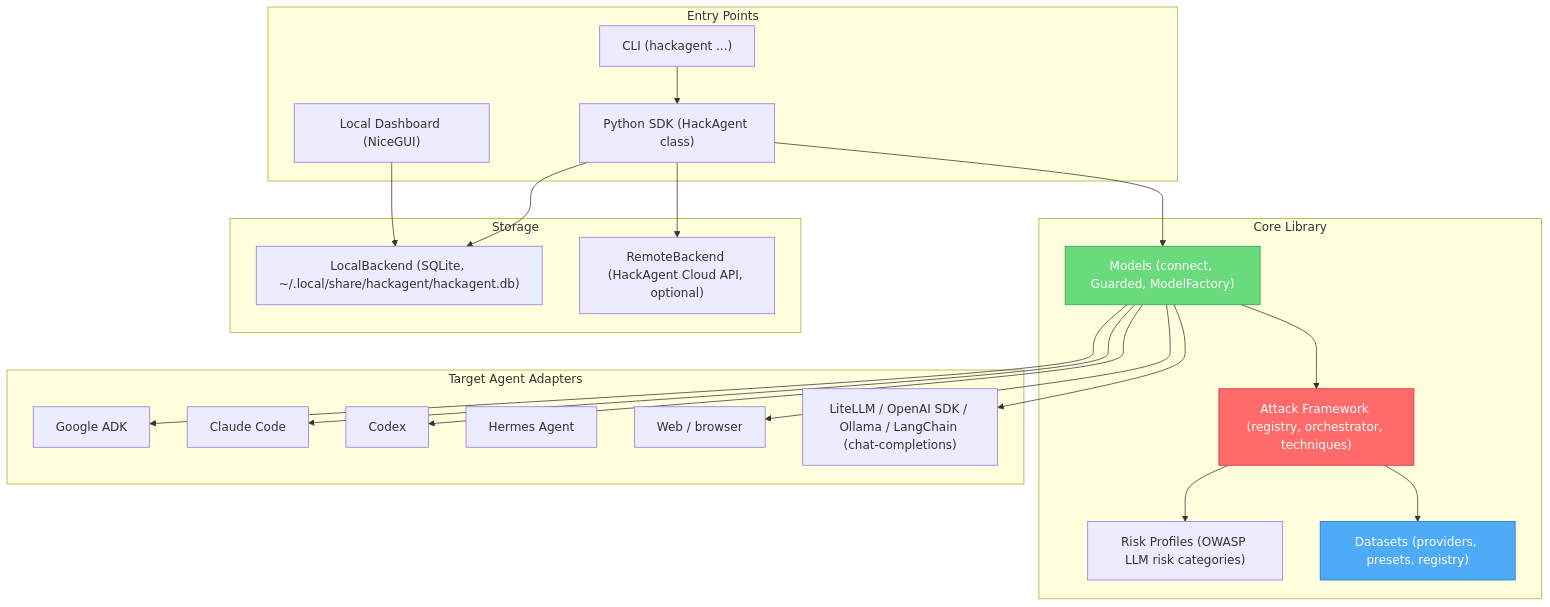
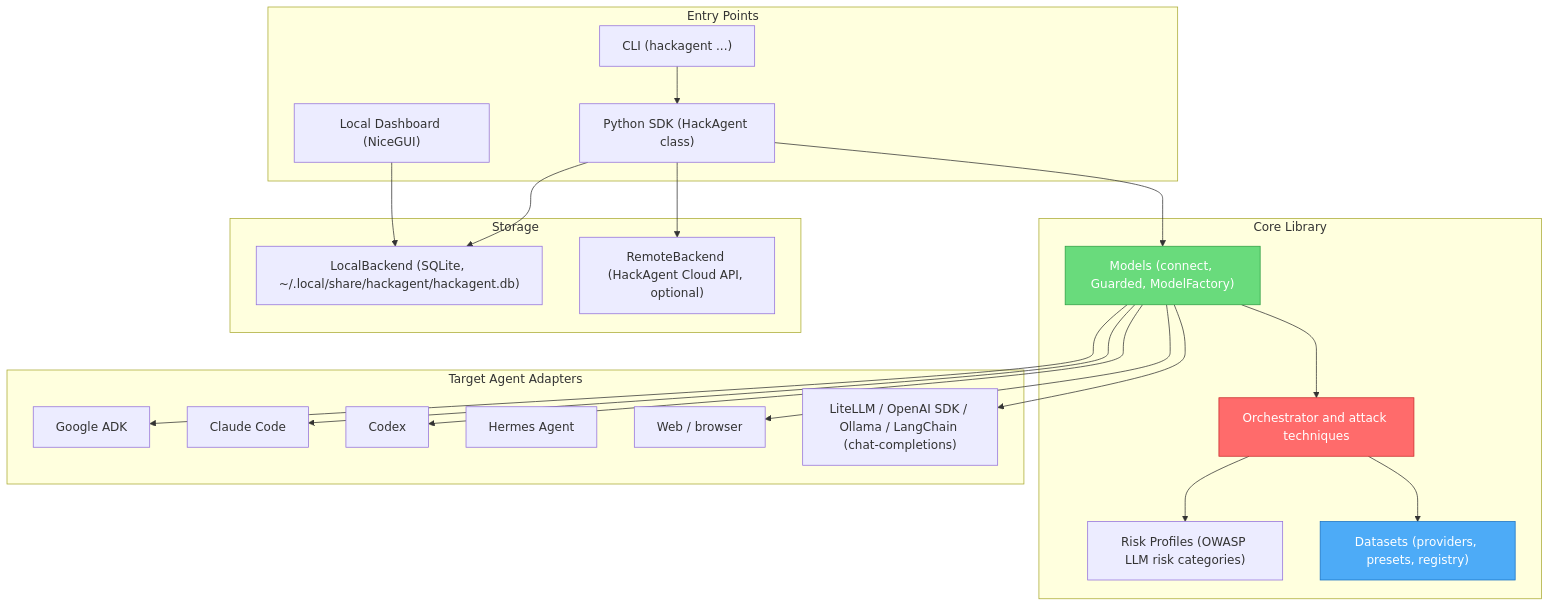
The first of 2 diagrams in docs/docs/architecture/system-overview.mdx (AISecurityLab/hackagent), drawn with Mermaid before and after one commit. The commit also changed other lines of this file and 69 other files, not shown here.

````diff
--- a/docs/docs/architecture/system-overview.mdx
+++ b/docs/docs/architecture/system-overview.mdx
@@ -11,50 +11,50 @@
 ```mermaid
 graph TB
     subgraph "Entry Points"
         SDK["Python SDK (HackAgent class)"]
         CLI["CLI (hackagent ...)"]
         DASH["Local Dashboard (NiceGUI)"]
     end
 
     subgraph "Core Library"
         ROUTER["Models (connect, Guarded, ModelFactory)"]
-        ATTACKS["Attack Framework (registry, orchestrator, techniques)"]
+        ATTACKS["Orchestrator and attack techniques"]
         RISKS["Risk Profiles (OWASP LLM risk categories)"]
         DATASETS["Datasets (providers, presets, registry)"]
     end
 
     subgraph "Storage"
         LOCAL["LocalBackend (SQLite, ~/.local/share/hackagent/hackagent.db)"]
         REMOTE["RemoteBackend (HackAgent Cloud API, optional)"]
     end
 
     subgraph "Target Agent Adapters"
         ADK["Google ADK"]
         CLAUDE["Claude Code"]
         CODEX["Codex"]
         HERMES["Hermes Agent"]
         WEBP["Web / browser"]
         CHAT["LiteLLM / OpenAI SDK / Ollama / LangChain (chat-completions)"]
     end
 
     SDK --> ROUTER
     CLI --> SDK
     DASH --> LOCAL
 
     ROUTER --> ATTACKS
     ATTACKS --> RISKS
     ATTACKS --> DATASETS
 
     ROUTER --> ADK
     ROUTER --> CLAUDE
     ROUTER --> CODEX
     ROUTER --> WEBP
     ROUTER --> CHAT
 
     SDK --> LOCAL
     SDK --> REMOTE
 
     style ATTACKS fill:#ff6b6b,stroke:#c92a2a,color:#fff
     style DATASETS fill:#4dabf7,stroke:#1971c2,color:#fff
     style ROUTER fill:#69db7c,stroke:#2f9e44,color:#fff
 ```
````
